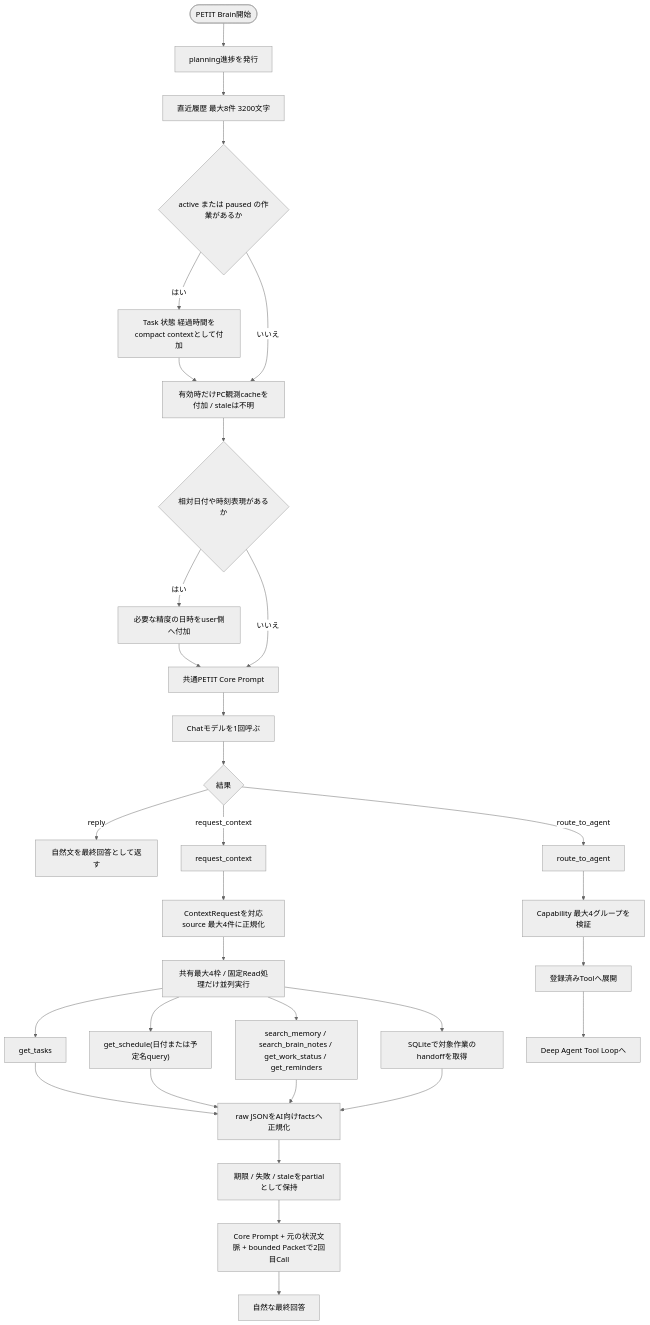
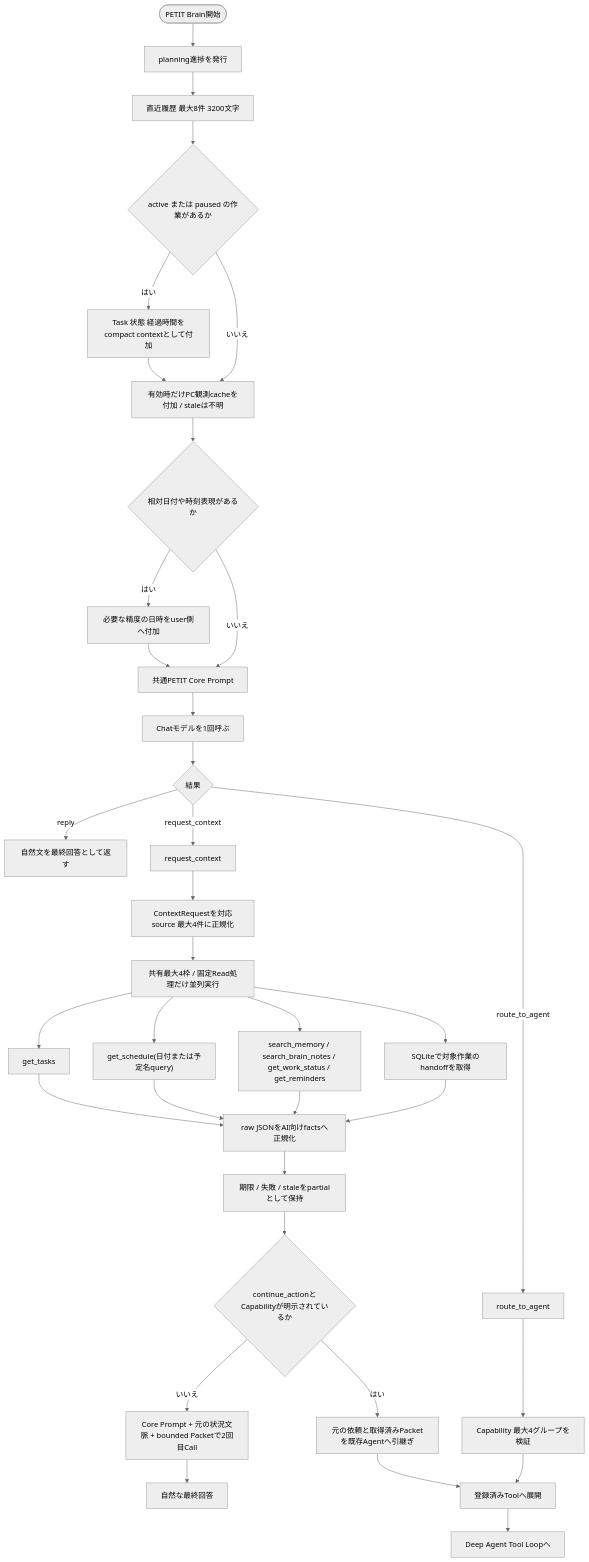
One commit to Soso2e/PETIT changed the fifth of 24 diagrams in docs/runtime-flows.md. Above: the diagram before and after it, drawn with Mermaid (neutral theme). The commit also changed other lines of this file and 23 other files, not shown here.

````diff
--- a/docs/runtime-flows.md
+++ b/docs/runtime-flows.md
@@ -171,45 +173,47 @@
 ```mermaid
 flowchart TD
     start([PETIT Brain開始])
     planning[planning進捗を発行]
     history[直近履歴 最大8件 3200文字]
     activeWork{active または paused の作業があるか}
     workContext[Task 状態 経過時間をcompact contextとして付加]
     optionalPC[有効時だけPC観測cacheを付加 / staleは不明]
     clock{相対日付や時刻表現があるか}
     userClock[必要な精度の日時をuser側へ付加]
     core[共通PETIT Core Prompt]
     selector[Chatモデルを1回呼ぶ]
     result{結果}
     reply[自然文を最終回答として返す]
     request[request_context]
     normalize[ContextRequestを対応source 最大4件に正規化]
     parallel[共有最大4枠 / 固定Read処理だけ並列実行]
     task[get_tasks]
     calendar["get_schedule(日付または予定名query)"]
     personal[search_memory / search_brain_notes / get_work_status / get_reminders]
     handoff[SQLiteで対象作業のhandoffを取得]
     packet[raw JSONをAI向けfactsへ正規化]
     partial[期限 / 失敗 / staleをpartialとして保持]
     second[Core Prompt + 元の状況文脈 + bounded Packetで2回目Call]
     final[自然な最終回答]
     route[route_to_agent]
     parse[Capability 最大4グループを検証]
     map[登録済みToolへ展開]
     agent[Deep Agent Tool Loopへ]
 
     start --> planning --> history --> activeWork
     activeWork -->|はい| workContext --> optionalPC --> clock
     activeWork -->|いいえ| optionalPC
     clock -->|はい| userClock --> core
     clock -->|いいえ| core
     core --> selector --> result
     result -->|reply| reply
     result -->|request_context| request --> normalize --> parallel
     parallel --> task --> packet
     parallel --> calendar --> packet
     parallel --> personal --> packet
     parallel --> handoff --> packet
-    packet --> partial --> second --> final
+    packet --> partial --> actionLeft{continue_actionとCapabilityが明示されているか}
+    actionLeft -->|いいえ| second --> final
+    actionLeft -->|はい| reuse[元の依頼と取得済みPacketを既存Agentへ引継ぎ] --> map
     result -->|route_to_agent| route --> parse --> map --> agent
 ```
````
